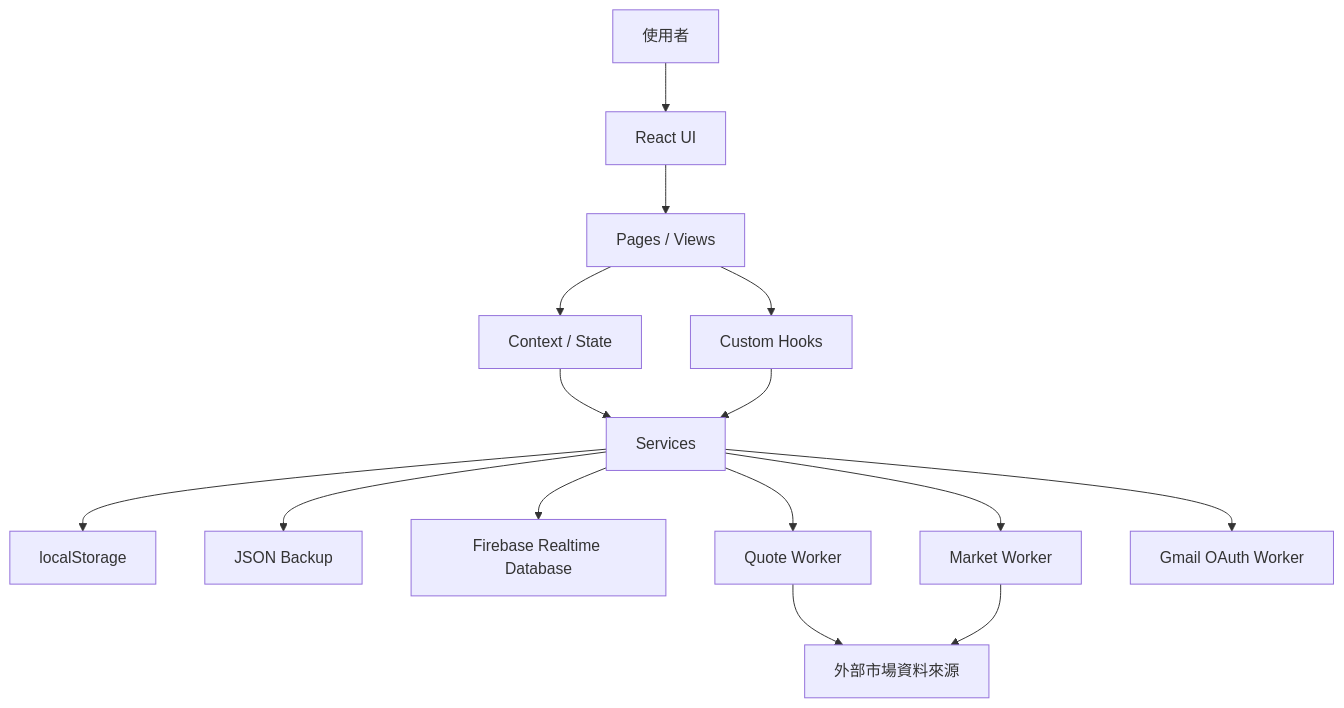
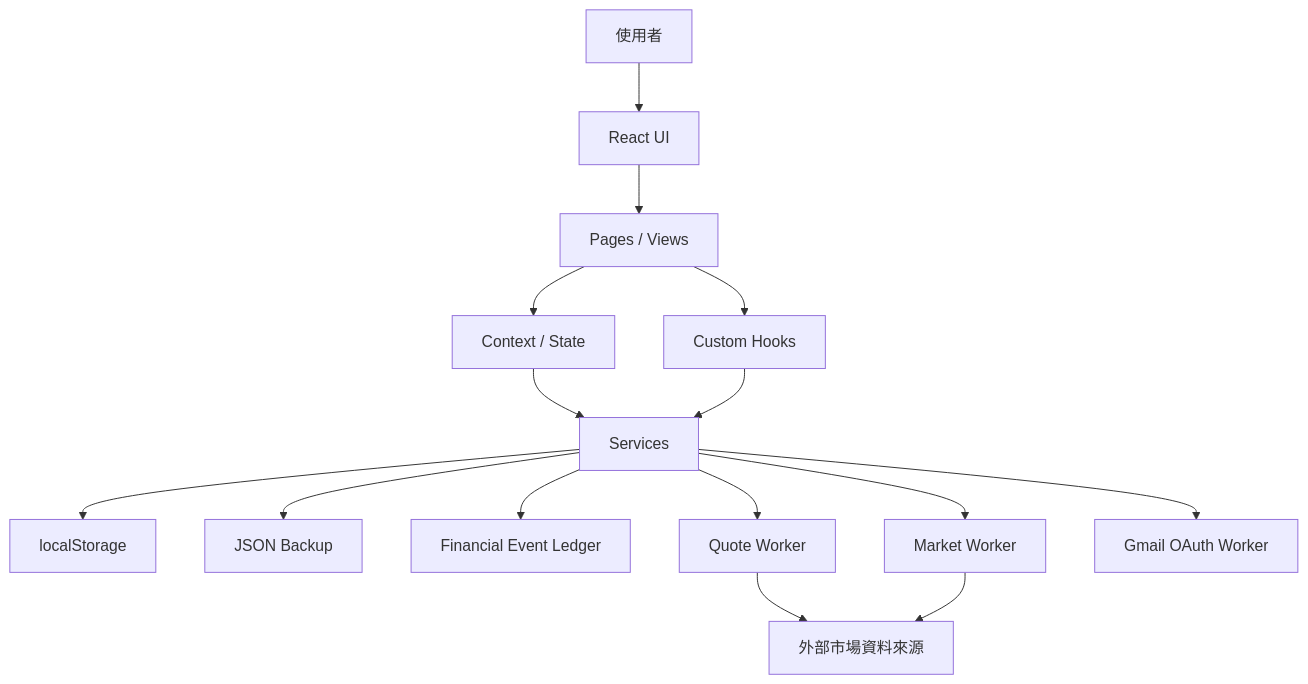
The first of 3 diagrams in AI_CONTEXT/006_PROJECT_ARCHITECTURE.md (hyc640110/family-universal-rebalance), drawn with Mermaid before and after one commit. The commit also changed other lines of this file and 10 other files, not shown here.

````diff
--- a/AI_CONTEXT/006_PROJECT_ARCHITECTURE.md
+++ b/AI_CONTEXT/006_PROJECT_ARCHITECTURE.md
@@ -50,31 +50,31 @@
 ```mermaid
 flowchart TD
     USER[使用者]
     UI[React UI]
     PAGE[Pages / Views]
     CTX[Context / State]
     HOOK[Custom Hooks]
     SVC[Services]
     LS[localStorage]
     JSON[JSON Backup]
-    FB[Firebase Realtime Database]
+    LEDGER[Financial Event Ledger]
     CFQ[Quote Worker]
     CFM[Market Worker]
     CFG[Gmail OAuth Worker]
     API[外部市場資料來源]
 
     USER --> UI
     UI --> PAGE
     PAGE --> CTX
     PAGE --> HOOK
     CTX --> SVC
     HOOK --> SVC
     SVC --> LS
     SVC --> JSON
-    SVC --> FB
+    SVC --> LEDGER
     SVC --> CFQ
     SVC --> CFM
     SVC --> CFG
     CFQ --> API
     CFM --> API
 ```
````
